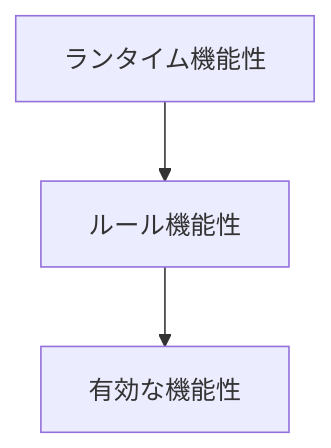
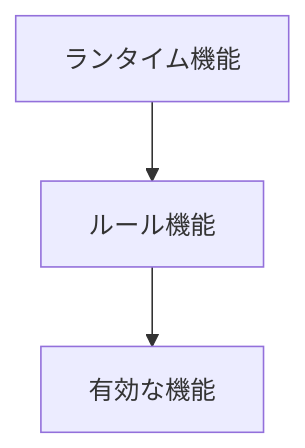
Diagram 43 of 48 in docsMod/docs-linter-core.md (stein2nd/docs-linter), drawn with Mermaid before and after one commit. The commit also changed other lines of this file, not shown here.

````diff
--- a/docsMod/docs-linter-core.md
+++ b/docsMod/docs-linter-core.md
@@ -2214,5 +2214,5 @@
 ```mermaid
 flowchart TD
-  A["ランタイム機能性"] --> B["ルール機能性"]
-  B --> C["有効な機能性"]
+  A["ランタイム機能"] --> B["ルール機能"]
+  B --> C["有効な機能"]
 ```
````
